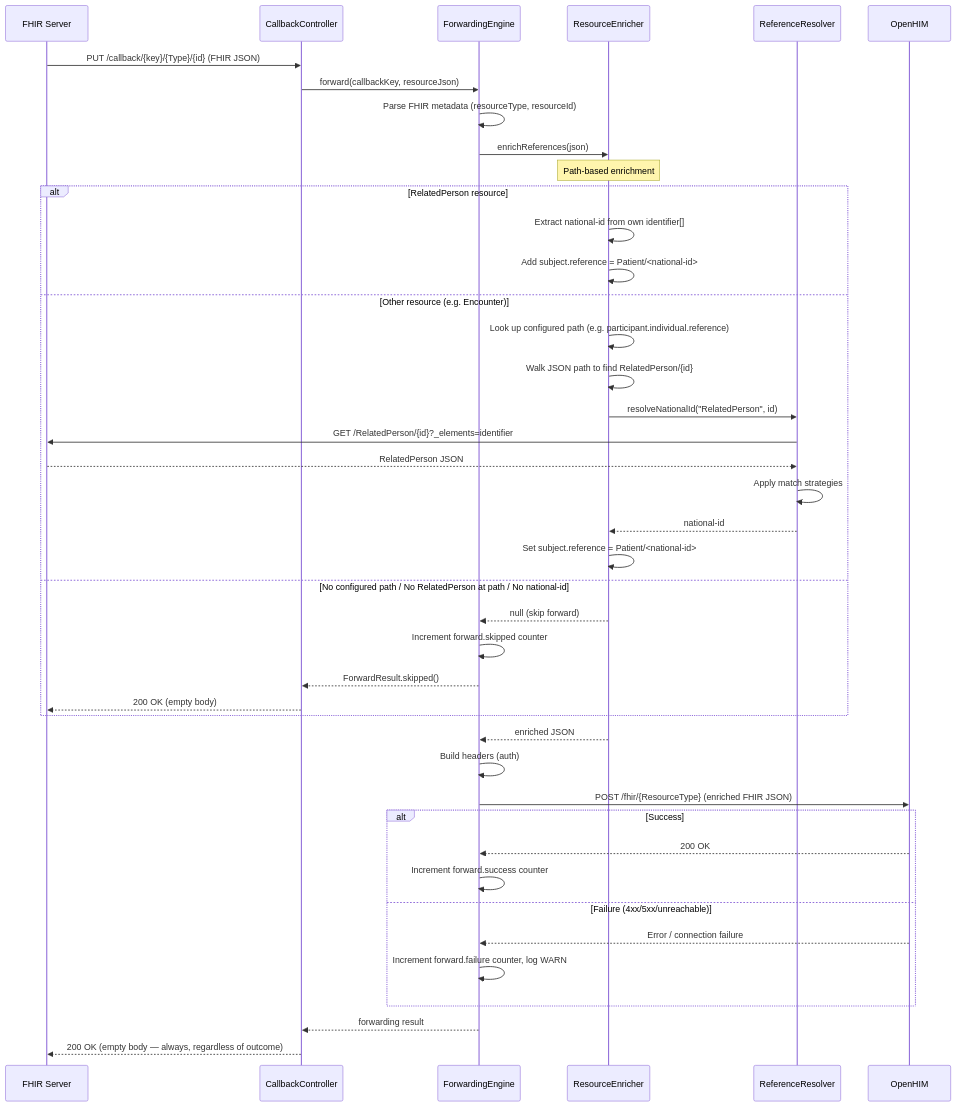
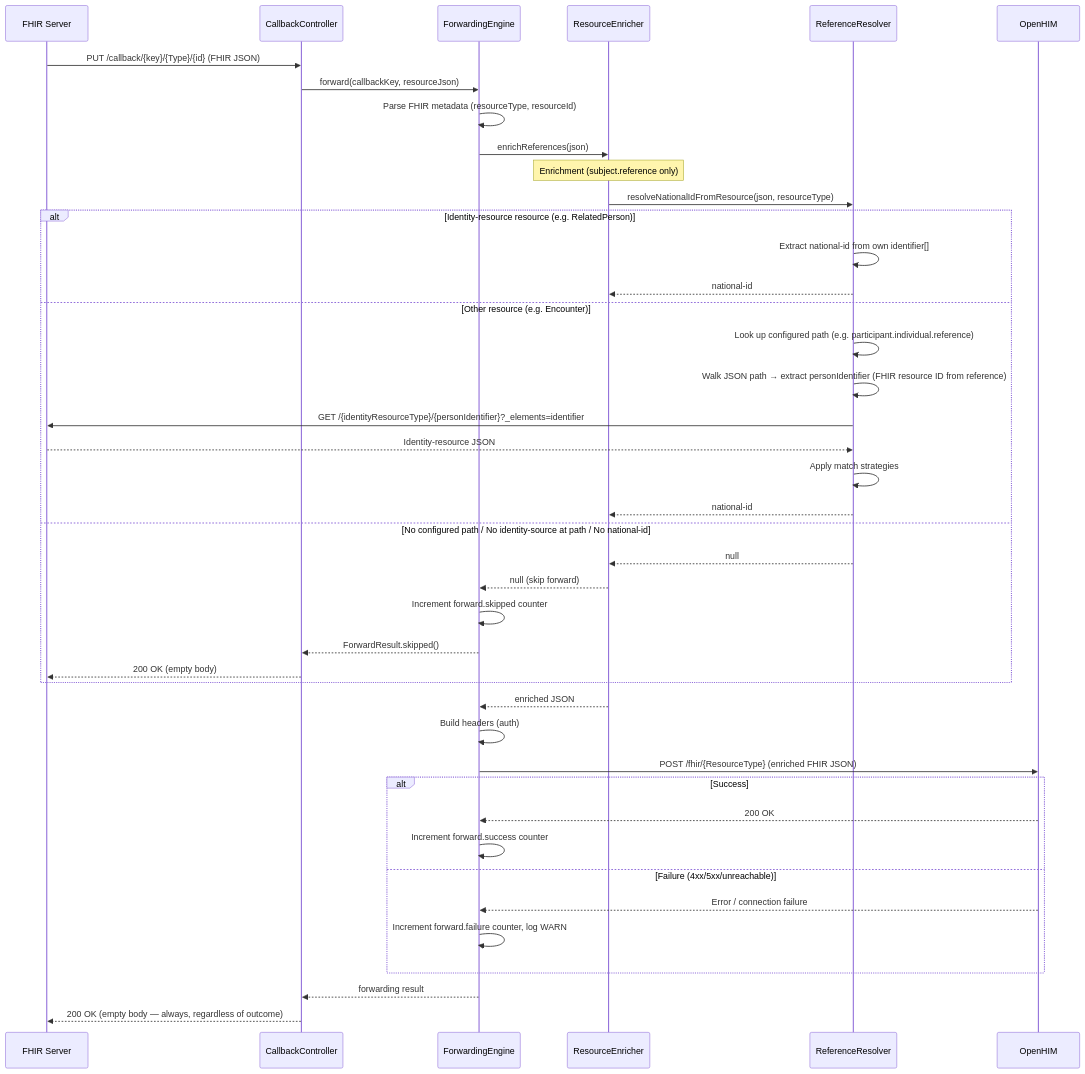
The second of 2 diagrams in docs/architecture.md (ishashankakkasali/fhir-cce-emitter-adaptor), drawn with Mermaid before and after one commit. The commit also changed other lines of this file and 11 other files, not shown here.

First line of the commit message:
Refactor ResourceEnricher to streamline national-id resolution

````diff
--- a/docs/architecture.md
+++ b/docs/architecture.md
@@ -293,47 +293,47 @@
 ```mermaid
 sequenceDiagram
     participant FS as FHIR Server
     participant CB as CallbackController
     participant FE as ForwardingEngine
     participant RE as ResourceEnricher
     participant RR as ReferenceResolver
     participant T as OpenHIM
 
     FS->>CB: PUT /callback/{key}/{Type}/{id} (FHIR JSON)
     CB->>FE: forward(callbackKey, resourceJson)
     FE->>FE: Parse FHIR metadata (resourceType, resourceId)
     FE->>RE: enrichReferences(json)
 
-    Note over RE: Path-based enrichment
-    alt RelatedPerson resource
-        RE->>RE: Extract national-id from own identifier[]
-        RE->>RE: Add subject.reference = Patient/<national-id>
+    Note over RE: Enrichment (subject.reference only)
+    RE->>RR: resolveNationalIdFromResource(json, resourceType)
+    alt Identity-resource resource (e.g. RelatedPerson)
+        RR->>RR: Extract national-id from own identifier[]
+        RR-->>RE: national-id
     else Other resource (e.g. Encounter)
-        RE->>RE: Look up configured path (e.g. participant.individual.reference)
-        RE->>RE: Walk JSON path to find RelatedPerson/{id}
-        RE->>RR: resolveNationalId("RelatedPerson", id)
-        RR->>FS: GET /RelatedPerson/{id}?_elements=identifier
-        FS-->>RR: RelatedPerson JSON
+        RR->>RR: Look up configured path (e.g. participant.individual.reference)
+        RR->>RR: Walk JSON path → extract personIdentifier (FHIR resource ID from reference)
+        RR->>FS: GET /{identityResourceType}/{personIdentifier}?_elements=identifier
+        FS-->>RR: Identity-resource JSON
         RR->>RR: Apply match strategies
         RR-->>RE: national-id
-        RE->>RE: Set subject.reference = Patient/<national-id>
-    else No configured path / No RelatedPerson at path / No national-id
+    else No configured path / No identity-source at path / No national-id
+        RR-->>RE: null
         RE-->>FE: null (skip forward)
         FE->>FE: Increment forward.skipped counter
         FE-->>CB: ForwardResult.skipped()
         CB-->>FS: 200 OK (empty body)
     end
 
     RE-->>FE: enriched JSON
     FE->>FE: Build headers (auth)
     FE->>T: POST /fhir/{ResourceType} (enriched FHIR JSON)
     alt Success
         T-->>FE: 200 OK
         FE->>FE: Increment forward.success counter
     else Failure (4xx/5xx/unreachable)
         T-->>FE: Error / connection failure
         FE->>FE: Increment forward.failure counter, log WARN
     end
     FE-->>CB: forwarding result
     CB-->>FS: 200 OK (empty body — always, regardless of outcome)
 ```
````
